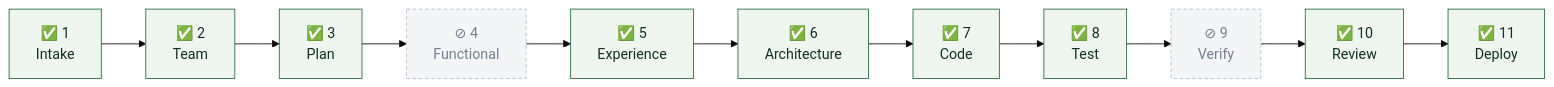
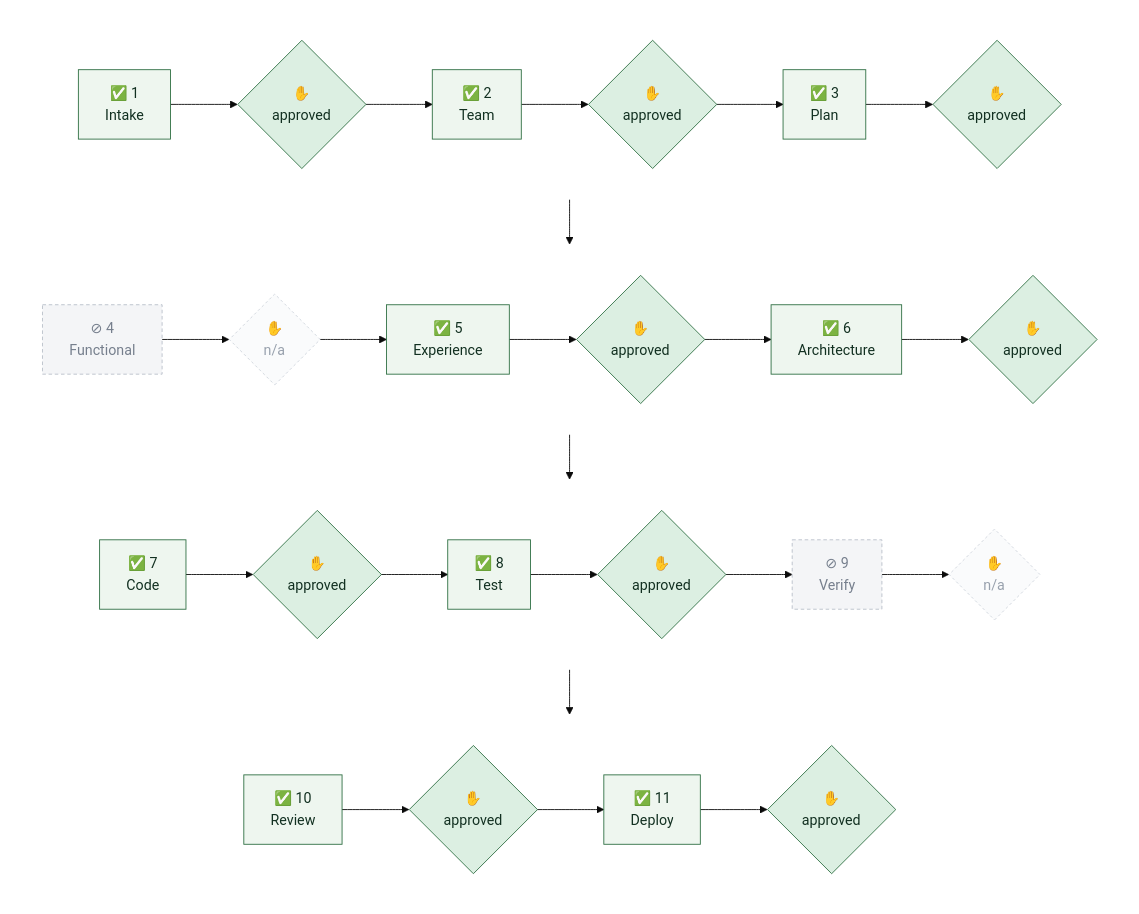
Before and after one commit to tandonakhil/AICluadeCode: the third of 5 diagrams in admin/PORTFOLIO_STATUS.md, drawn with Mermaid (base theme). The commit also changed other lines of this file and 5 other files, not shown here.

First line of the commit message:
Graph: wrap at 7 boxes, human checkpoints as activated steps, mandatory control

````diff
--- a/admin/PORTFOLIO_STATUS.md
+++ b/admin/PORTFOLIO_STATUS.md
@@ -87,12 +141,39 @@
 ```mermaid
-flowchart LR
-  G1["✅ 1<br/>Intake"] --> G2["✅ 2<br/>Team"] --> G3["✅ 3<br/>Plan"]
-  G3 --> G4["⊘ 4<br/>Functional"] --> G5["✅ 5<br/>Experience"]
-  G5 --> G6["✅ 6<br/>Architecture"] --> G7["✅ 7<br/>Code"] --> G8["✅ 8<br/>Test"]
-  G8 --> G9["⊘ 9<br/>Verify"] --> G10["✅ 10<br/>Review"] --> G11["✅ 11<br/>Deploy"]
-
+flowchart TB
+  subgraph r1 [" "]
+    direction LR
+    G1["✅ 1<br/>Intake"] --> H1{"✋<br/>approved"} --> G2["✅ 2<br/>Team"] --> H2{"✋<br/>approved"} --> G3["✅ 3<br/>Plan"] --> H3{"✋<br/>approved"}
+  end
+  subgraph r2 [" "]
+    direction LR
+    G4["⊘ 4<br/>Functional"] --> H4{"✋<br/>n/a"} --> G5["✅ 5<br/>Experience"] --> H5{"✋<br/>approved"} --> G6["✅ 6<br/>Architecture"] --> H6{"✋<br/>approved"}
+  end
+  subgraph r3 [" "]
+    direction LR
+    G7["✅ 7<br/>Code"] --> H7{"✋<br/>approved"} --> G8["✅ 8<br/>Test"] --> H8{"✋<br/>approved"} --> G9["⊘ 9<br/>Verify"] --> H9{"✋<br/>n/a"}
+  end
+  subgraph r4 [" "]
+    direction LR
+    G10["✅ 10<br/>Review"] --> H10{"✋<br/>approved"} --> G11["✅ 11<br/>Deploy"] --> H11{"✋<br/>approved"}
+  end
+  H3 --> G4
+  H6 --> G7
+  H9 --> G10
   classDef done    fill:#eef6ef,stroke:#2f6f43,color:#123021
+  classDef active  fill:#fff8e6,stroke:#8a6410,stroke-width:2px,color:#3d2c04
+  classDef looped  fill:#fdf0ec,stroke:#a3341f,stroke-width:2px,color:#3d1109
+  classDef warn    fill:#fff8e6,stroke:#8a6410,stroke-width:2px,color:#3d2c04
+  classDef pending fill:#f4f5f7,stroke:#b8bfc9,color:#767f8d
   classDef skipped fill:#f4f5f7,stroke:#b8bfc9,color:#767f8d,stroke-dasharray:4 3
+  classDef hdone   fill:#dcefe2,stroke:#2f6f43,color:#123021
+  classDef hwait   fill:#ffe9a8,stroke:#8a6410,stroke-width:4px,color:#3d2c04
+  classDef hpend   fill:#fafbfc,stroke:#cfd5dd,color:#98a1ad,stroke-dasharray:3 3
+  classDef hskip   fill:#fafbfc,stroke:#cfd5dd,color:#98a1ad,stroke-dasharray:3 3
+  classDef hnone   fill:#f8ded7,stroke:#a3341f,stroke-width:3px,color:#3d1109
+  classDef rowbox  fill:none,stroke:none
   class G1,G2,G3,G5,G6,G7,G8,G10,G11 done
+  class H1,H2,H3,H5,H6,H7,H8,H10,H11 hdone
   class G4,G9 skipped
+  class H4,H9 hskip
+  class r1,r2,r3,r4 rowbox
 ```
````
